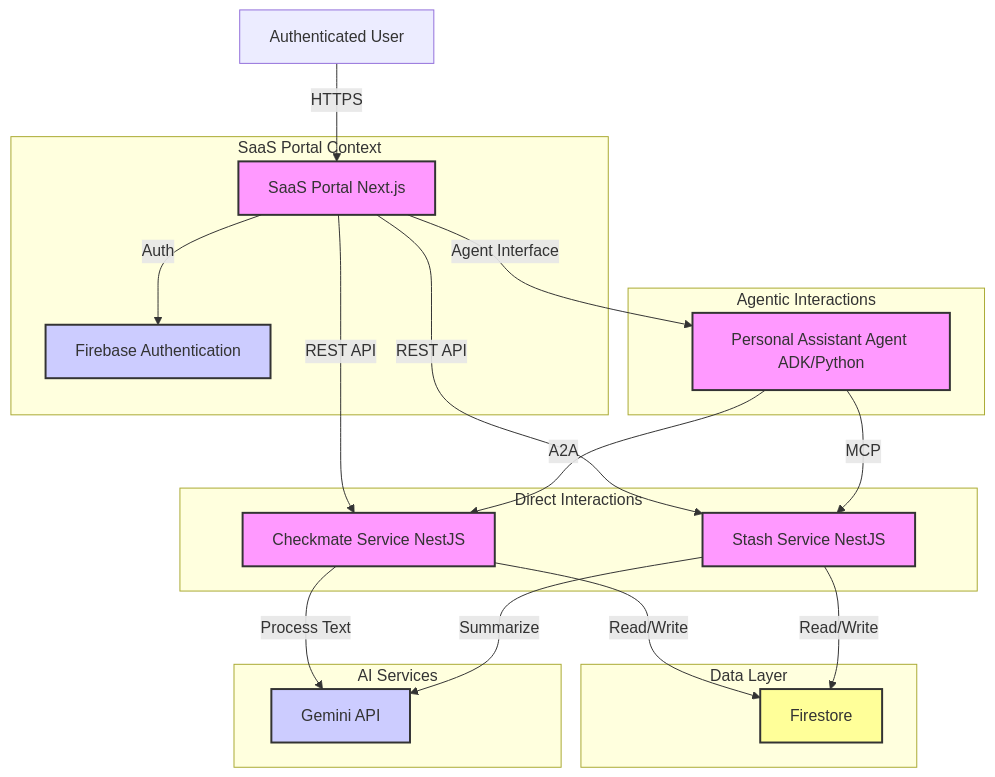
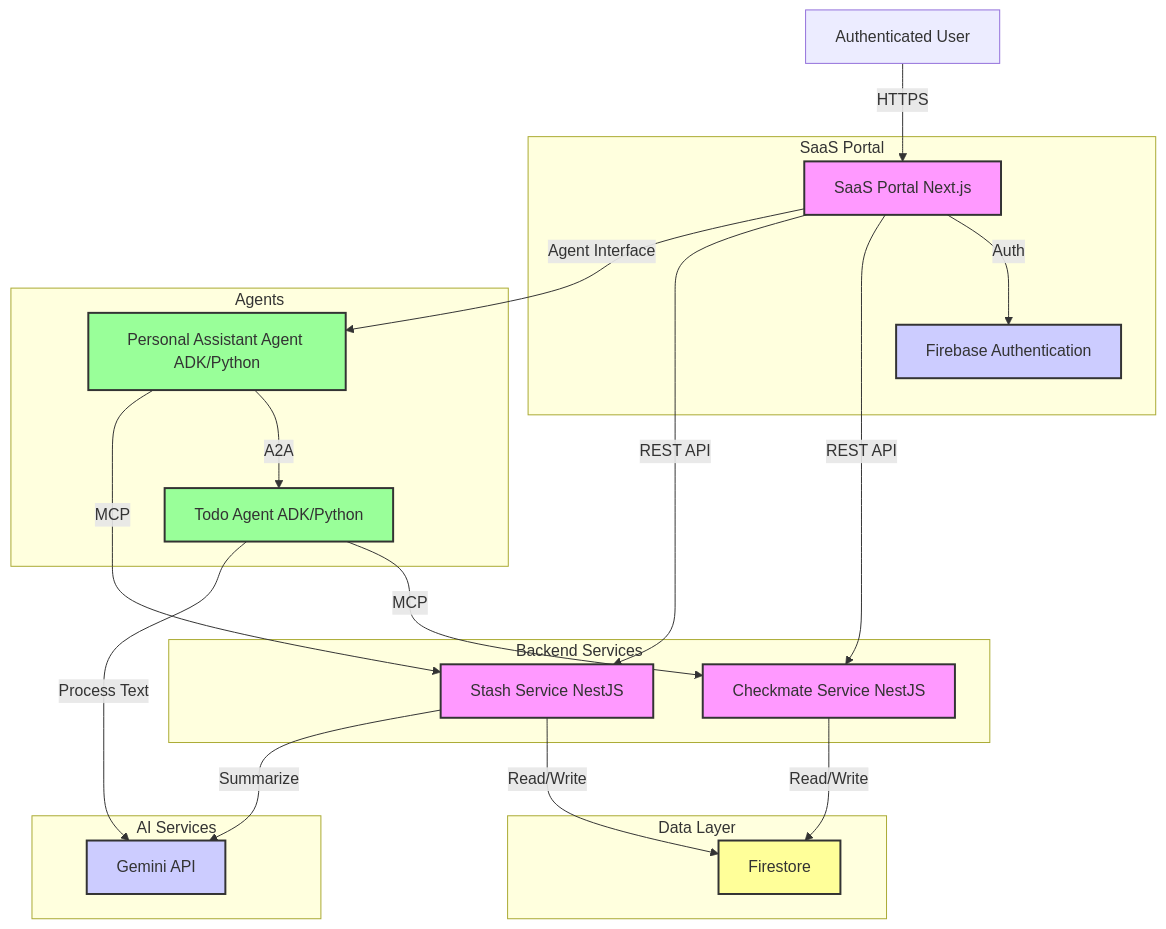
One commit to t2tse/gcr-agentic changed the diagram in high-level-requirements.md. Above: the diagram before and after it, drawn with Mermaid. The commit also changed other lines of this file, not shown here.

Commit message:
Add Todo Agent

````diff
--- a/high-level-requirements.md
+++ b/high-level-requirements.md
@@ -72,37 +80,40 @@
 ```mermaid
 graph TD
     User[Authenticated User] -->|HTTPS| Portal[SaaS Portal Next.js]
     
-    subgraph "SaaS Portal Context"
+    subgraph "SaaS Portal"
         Portal -->|Auth| FirebaseAuth[Firebase Authentication]
     end
 
-    subgraph "Direct Interactions"
+    subgraph "Backend Services"
         Portal -->|REST API| CheckmateAPI[Checkmate Service NestJS]
         Portal -->|REST API| StashAPI[Stash Service NestJS]
     end
 
-    subgraph "Agentic Interactions"
+    subgraph "Agents"
         Portal -->|Agent Interface| PAA[Personal Assistant Agent ADK/Python]
-        PAA -->|A2A| CheckmateAPI
+        PAA -->|A2A| TodoAgent[Todo Agent ADK/Python]
         PAA -->|MCP| StashAPI
+        TodoAgent -->|MCP| CheckmateAPI
     end
 
     subgraph "Data Layer"
         CheckmateAPI -->|Read/Write| FirestoreDB[Firestore]
         StashAPI -->|Read/Write| FirestoreDB
     end
 
     subgraph "AI Services"
-        CheckmateAPI -->|Process Text| Gemini[Gemini API]
+        TodoAgent -->|Process Text| Gemini[Gemini API]
         StashAPI -->|Summarize| Gemini
-    end    
+    end
 
     classDef service fill:#f9f,stroke:#333,stroke-width:2px;
     classDef storage fill:#ff9,stroke:#333,stroke-width:2px;
     classDef external fill:#ccf,stroke:#333,stroke-width:2px;
+    classDef agent fill:#9f9,stroke:#333,stroke-width:2px;
     
-    class PAA,CheckmateAPI,StashAPI,Portal service;
+    class CheckmateAPI,StashAPI,Portal service;
+    class PAA,TodoAgent agent;
     class FirestoreDB storage;
     class FirebaseAuth,Gemini external;
 ```
````
